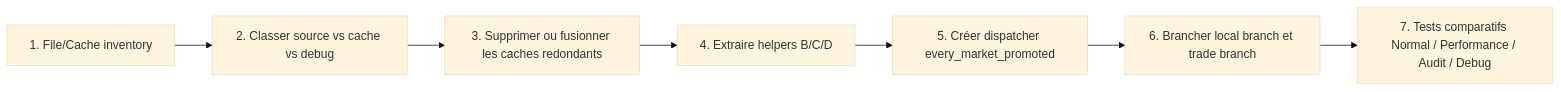
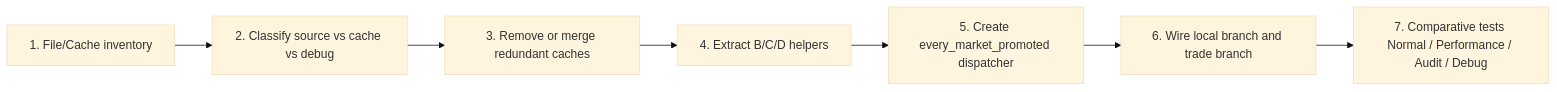
One commit to eu5mod/eu5-no-void-economy changed the fourth of 4 diagrams in docs/audits/pr126/Q5_flux_logique_global.md. Above: the diagram before and after it, drawn with Mermaid (base theme). The commit also changed other lines of this file, not shown here.

Commit message:
PR126: translate Q5 workflow audit to English

````diff
--- a/docs/audits/pr126/Q5_flux_logique_global.md
+++ b/docs/audits/pr126/Q5_flux_logique_global.md
@@ -238,9 +238,9 @@
 ```mermaid
 flowchart LR
-    A[1. File/Cache inventory] --> B[2. Classer source vs cache vs debug]
-    B --> C[3. Supprimer ou fusionner les caches redondants]
-    C --> D[4. Extraire helpers B/C/D]
-    D --> E[5. Créer dispatcher every_market_promoted]
-    E --> F[6. Brancher local branch et trade branch]
-    F --> G[7. Tests comparatifs Normal / Performance / Audit / Debug]
+    A[1. File/Cache inventory] --> B[2. Classify source vs cache vs debug]
+    B --> C[3. Remove or merge redundant caches]
+    C --> D[4. Extract B/C/D helpers]
+    D --> E[5. Create every_market_promoted dispatcher]
+    E --> F[6. Wire local branch and trade branch]
+    F --> G[7. Comparative tests Normal / Performance / Audit / Debug]
 ```
````
